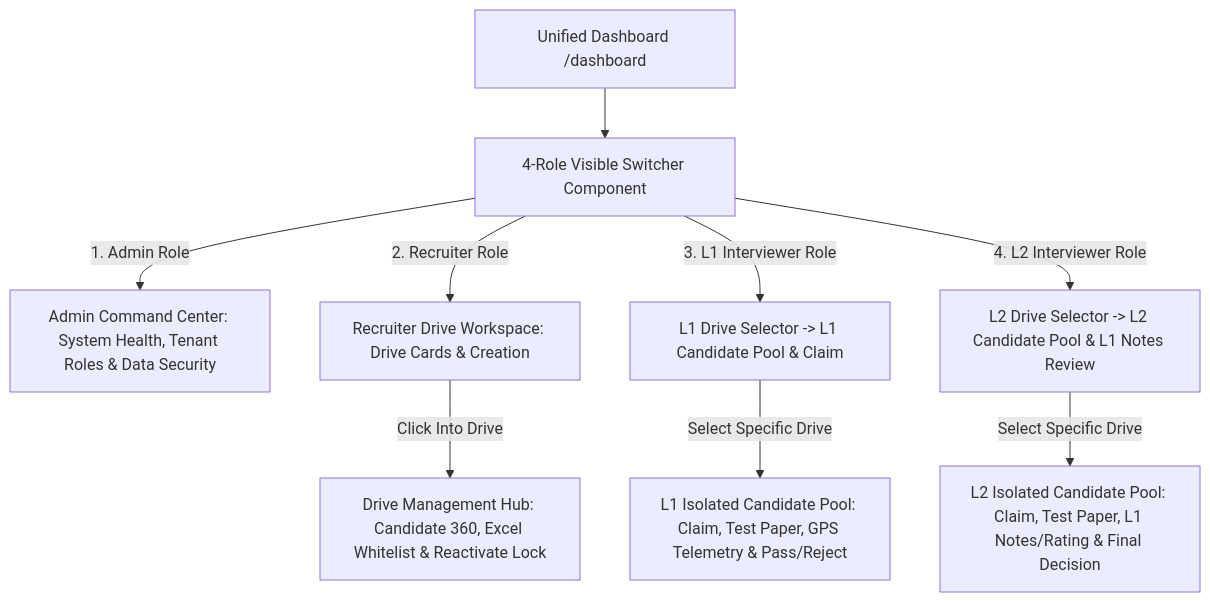
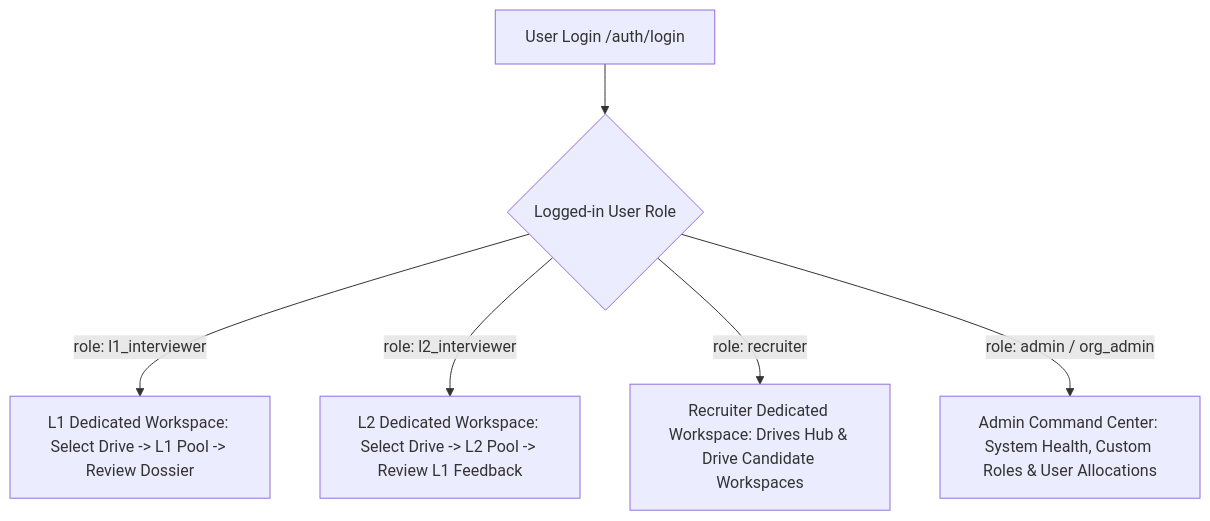
One commit to Autergo/Autergo-Recruitement-Platform changed the diagram in specs/002-streamlined-recruitment-pipeline/spec.md. Above: the diagram before and after it, drawn with Mermaid. The commit also changed other lines of this file and 2 other files, not shown here.

Commit message:
fix(rbac): lock dashboard views strictly by role (L1/L2 locked to interview pools, Admin/Recruiter restricted)

````diff
--- a/specs/002-streamlined-recruitment-pipeline/spec.md
+++ b/specs/002-streamlined-recruitment-pipeline/spec.md
@@ -14,13 +18,9 @@
 ```mermaid
 flowchart TD
-    DASH[Unified Dashboard /dashboard] --> SWITCHER[4-Role Visible Switcher Component]
+    LOGIN[User Login /auth/login] --> ROLE_CHECK{Logged-in User Role}
 
-    SWITCHER -->|1. Admin Role| VIEW_ADMIN[Admin Command Center: System Health, Tenant Roles & Data Security]
-    SWITCHER -->|2. Recruiter Role| VIEW_REC[Recruiter Drive Workspace: Drive Cards & Creation]
-    SWITCHER -->|3. L1 Interviewer Role| VIEW_L1_SELECT[L1 Drive Selector -> L1 Candidate Pool & Claim]
-    SWITCHER -->|4. L2 Interviewer Role| VIEW_L2_SELECT[L2 Drive Selector -> L2 Candidate Pool & L1 Notes Review]
-
-    VIEW_REC -->|Click Into Drive| DRIVE_WORKSPACE[Drive Management Hub: Candidate 360, Excel Whitelist & Reactivate Lock]
-    VIEW_L1_SELECT -->|Select Specific Drive| L1_POOL[L1 Isolated Candidate Pool: Claim, Test Paper, GPS Telemetry & Pass/Reject]
-    VIEW_L2_SELECT -->|Select Specific Drive| L2_POOL[L2 Isolated Candidate Pool: Claim, Test Paper, L1 Notes/Rating & Final Decision]
+    ROLE_CHECK -->|role: l1_interviewer| VIEW_L1[L1 Dedicated Workspace: Select Drive -> L1 Pool -> Review Dossier]
+    ROLE_CHECK -->|role: l2_interviewer| VIEW_L2[L2 Dedicated Workspace: Select Drive -> L2 Pool -> Review L1 Feedback]
+    ROLE_CHECK -->|role: recruiter| VIEW_REC[Recruiter Dedicated Workspace: Drives Hub & Drive Candidate Workspaces]
+    ROLE_CHECK -->|role: admin / org_admin| VIEW_ADM[Admin Command Center: System Health, Custom Roles & User Allocations]
 ```
````
